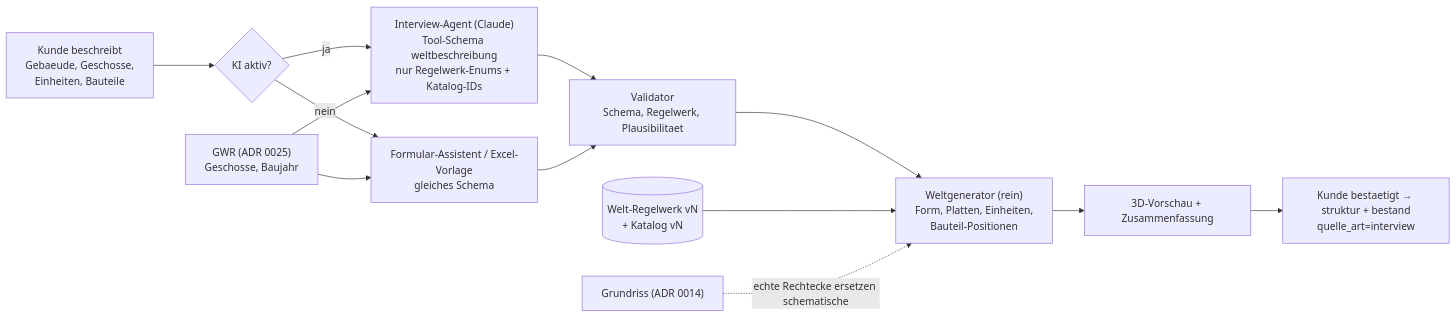
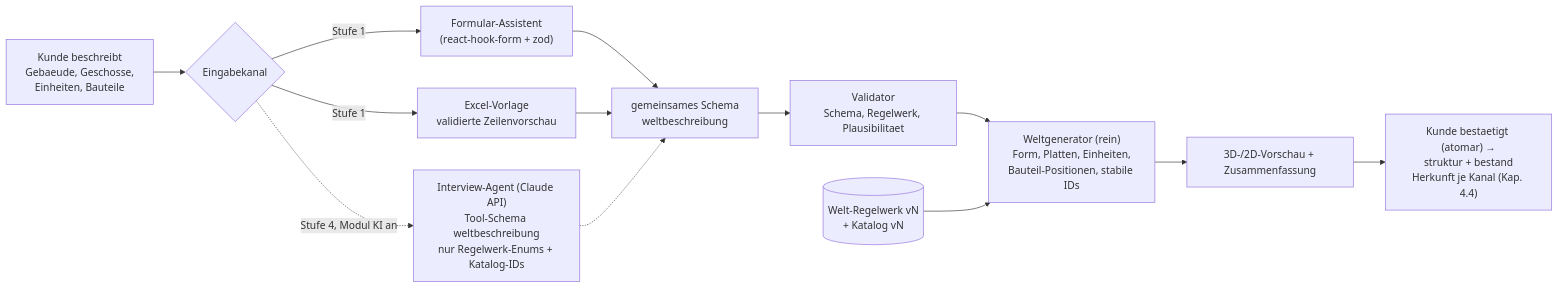
One commit to mattarge04-gif/Planora changed the seventh of 7 diagrams in docs/architektur/03-architektur.md. Above: the diagram before and after it, drawn with Mermaid. The commit also changed other lines of this file, not shown here.

First line of the commit message:
Welle 4b Schritt 1: 03-architektur Kap. 1, 4-8 auf B2B umgestellt

````diff
--- a/docs/architektur/03-architektur.md
+++ b/docs/architektur/03-architektur.md
@@ -488,15 +531,15 @@
 ```mermaid
 flowchart LR
-  kunde["Kunde beschreibt<br/>Gebaeude, Geschosse,<br/>Einheiten, Bauteile"] --> iv{"KI aktiv?"}
-  iv -- ja --> agent["Interview-Agent (Claude)<br/>Tool-Schema weltbeschreibung<br/>nur Regelwerk-Enums + Katalog-IDs"]
-  iv -- nein --> form["Formular-Assistent / Excel-Vorlage<br/>gleiches Schema"]
-  gwr["GWR (ADR 0025)<br/>Geschosse, Baujahr"] --> agent
-  gwr --> form
-  agent --> val["Validator<br/>Schema, Regelwerk, Plausibilitaet"]
-  form --> val
-  val --> gen["Weltgenerator (rein)<br/>Form, Platten, Einheiten,<br/>Bauteil-Positionen"]
+  kunde["Kunde beschreibt<br/>Gebaeude, Geschosse,<br/>Einheiten, Bauteile"] --> kanal{"Eingabekanal"}
+  kanal -- "Stufe 1" --> form["Formular-Assistent<br/>(react-hook-form + zod)"]
+  kanal -- "Stufe 1" --> xls["Excel-Vorlage<br/>validierte Zeilenvorschau"]
+  kanal -. "Stufe 4, Modul KI an" .-> agent["Interview-Agent (Claude API)<br/>Tool-Schema weltbeschreibung<br/>nur Regelwerk-Enums + Katalog-IDs"]
+  form --> schema["gemeinsames Schema<br/>weltbeschreibung"]
+  xls --> schema
+  agent -.-> schema
+  schema --> val["Validator<br/>Schema, Regelwerk, Plausibilitaet"]
+  val --> gen["Weltgenerator (rein)<br/>Form, Platten, Einheiten,<br/>Bauteil-Positionen, stabile IDs"]
   regel[("Welt-Regelwerk vN<br/>+ Katalog vN")] --> gen
-  gen --> vor["3D-Vorschau + Zusammenfassung"]
-  vor --> ok["Kunde bestaetigt → struktur + bestand<br/>quelle_art=interview"]
-  gr["Grundriss (ADR 0014)"] -. "echte Rechtecke ersetzen schematische" .-> gen
+  gen --> vor["3D-/2D-Vorschau + Zusammenfassung"]
+  vor --> ok["Kunde bestaetigt (atomar) →<br/>struktur + bestand<br/>Herkunft je Kanal (Kap. 4.4)"]
 ```
````
